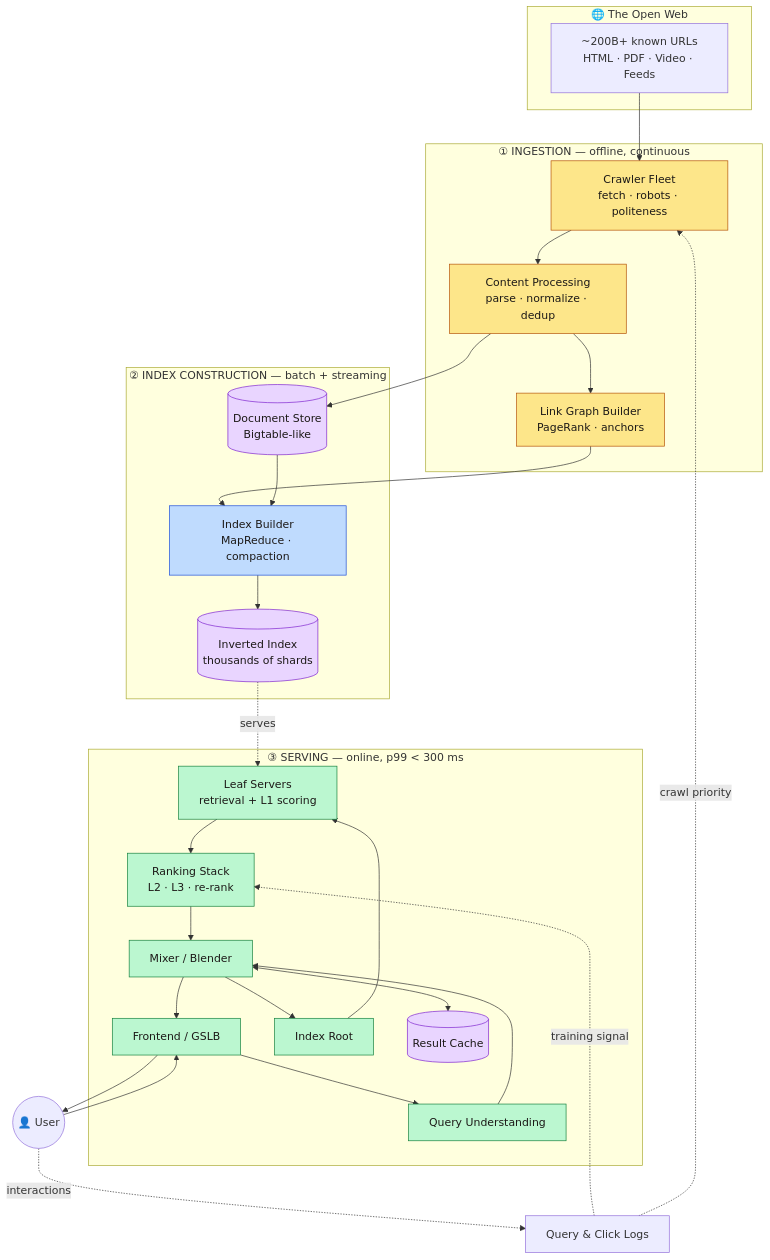
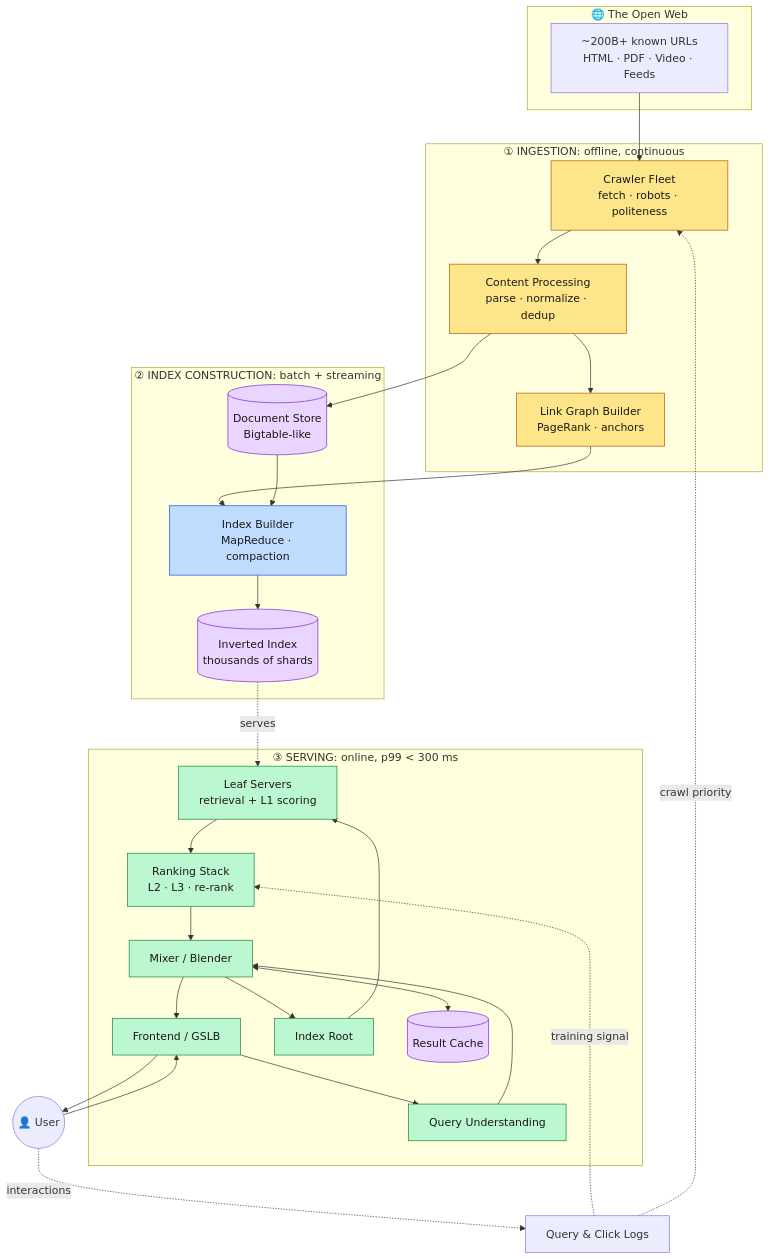
The diagram in diagrams/D-01-end-to-end-system-context.mmd (ahmedselimmansor-ctrl/google-search-system-design), drawn with Mermaid before and after one commit. The commit also changed 89 other files, not shown here.

```diff
--- a/diagrams/D-01-end-to-end-system-context.mmd
+++ b/diagrams/D-01-end-to-end-system-context.mmd
@@ -1,52 +1,52 @@
 flowchart TB
     subgraph WEB["🌐 The Open Web"]
         SITES["~200B+ known URLs<br/>HTML · PDF · Video · Feeds"]
     end
 
-    subgraph INGEST["① INGESTION — offline, continuous"]
+    subgraph INGEST["① INGESTION: offline, continuous"]
         CRAWL["Crawler Fleet<br/>fetch · robots · politeness"]
         PROC["Content Processing<br/>parse · normalize · dedup"]
         LINK["Link Graph Builder<br/>PageRank · anchors"]
     end
 
-    subgraph BUILD["② INDEX CONSTRUCTION — batch + streaming"]
+    subgraph BUILD["② INDEX CONSTRUCTION: batch + streaming"]
         DOCDB[("Document Store<br/>Bigtable-like")]
         IDX["Index Builder<br/>MapReduce · compaction"]
         SHARDS[("Inverted Index<br/>thousands of shards")]
     end
 
-    subgraph SERVE["③ SERVING — online, p99 &lt; 300 ms"]
+    subgraph SERVE["③ SERVING: online, p99 &lt; 300 ms"]
         FE["Frontend / GSLB"]
         QU["Query Understanding"]
         MIX["Mixer / Blender"]
         ROOT["Index Root"]
         LEAF["Leaf Servers<br/>retrieval + L1 scoring"]
         RANK["Ranking Stack<br/>L2 · L3 · re-rank"]
         CACHE[("Result Cache")]
     end
 
     USER(("👤 User"))
 
     SITES --> CRAWL --> PROC --> DOCDB
     PROC --> LINK --> IDX
     DOCDB --> IDX --> SHARDS
 
     USER --> FE --> QU --> MIX
     MIX <--> CACHE
     MIX --> ROOT --> LEAF
     SHARDS -.serves.-> LEAF
     LEAF --> RANK --> MIX --> FE --> USER
 
     LOGS["Query & Click Logs"]
     USER -.interactions.-> LOGS
     LOGS -.training signal.-> RANK
     LOGS -.crawl priority.-> CRAWL
 
     classDef ingest fill:#fde68a,stroke:#b45309,color:#1c1917
     classDef build fill:#bfdbfe,stroke:#1d4ed8,color:#1c1917
     classDef serve fill:#bbf7d0,stroke:#15803d,color:#1c1917
     classDef store fill:#e9d5ff,stroke:#7e22ce,color:#1c1917
     class CRAWL,PROC,LINK ingest
     class IDX build
     class FE,QU,MIX,ROOT,LEAF,RANK serve
     class DOCDB,SHARDS,CACHE store
```
